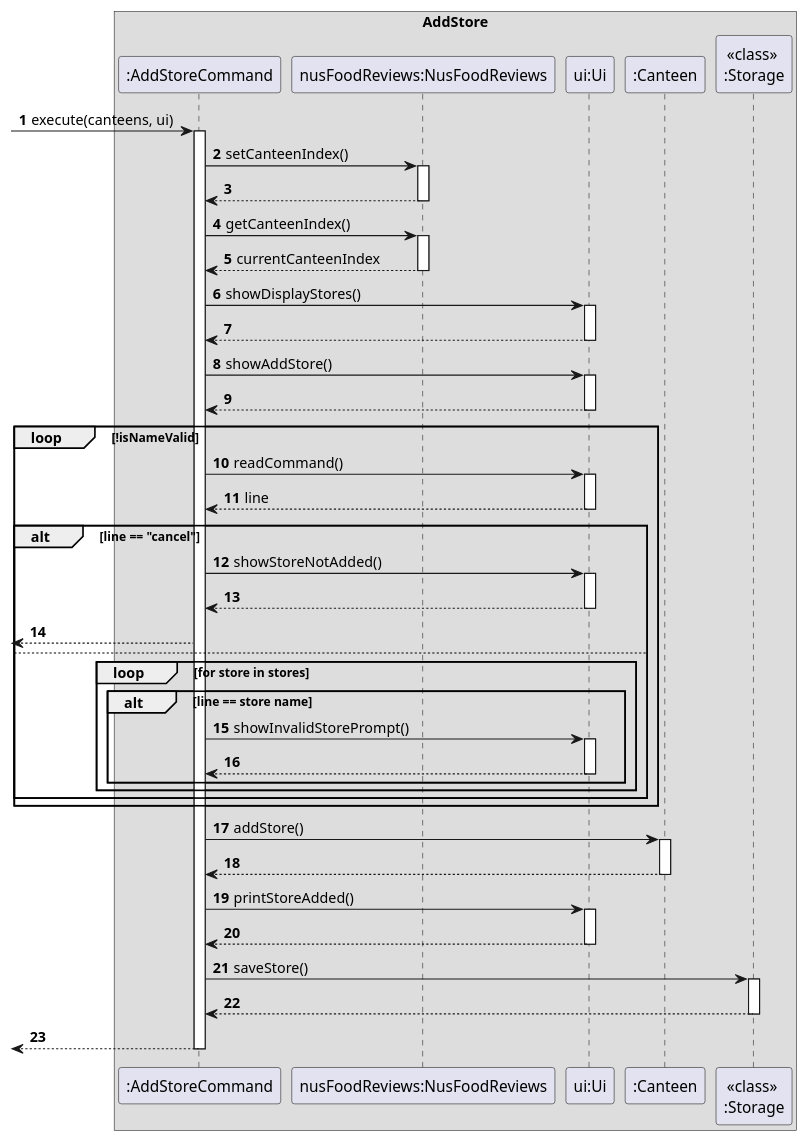
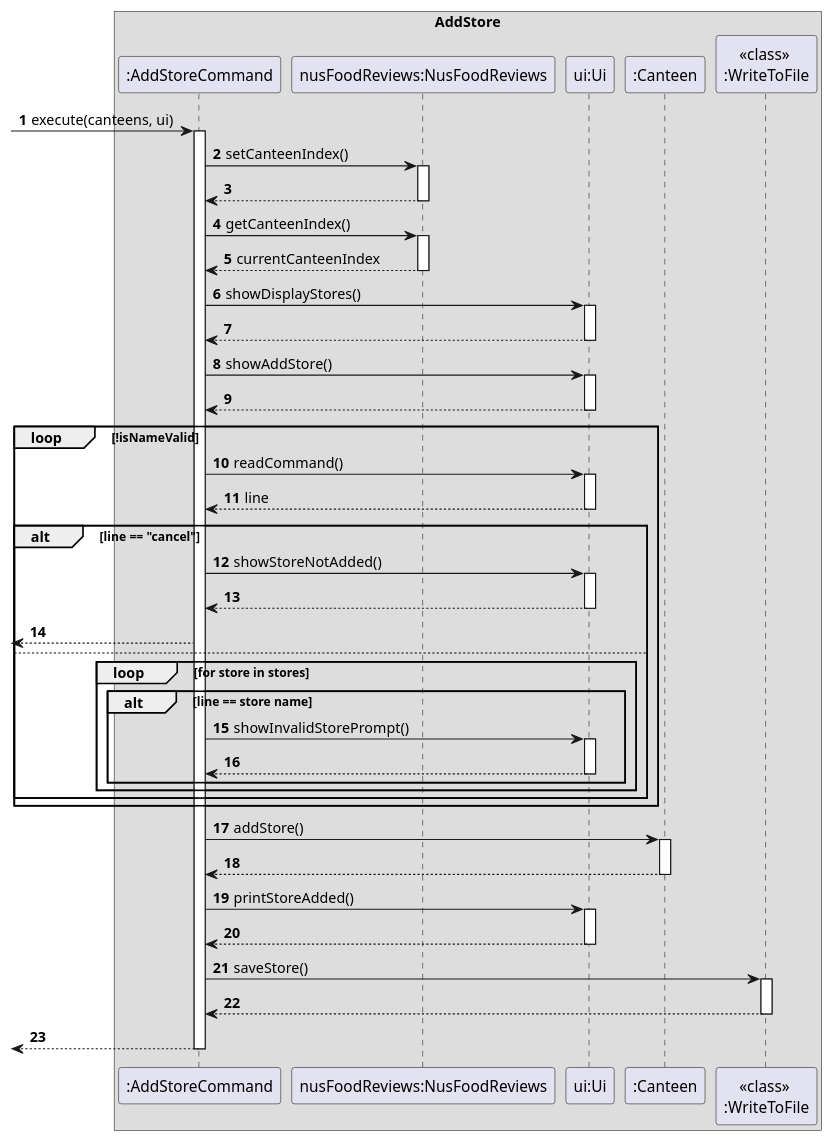
One commit to nus-cs2113-AY2021S2/tp changed the diagram in docs/PlantUML/AddStore.puml. Above: the diagram before and after it, drawn with PlantUML. The commit also changed 7 other files, not shown here.

```diff
--- a/docs/PlantUML/AddStore.puml
+++ b/docs/PlantUML/AddStore.puml
@@ -1,72 +1,72 @@
 @startuml
 'https://plantuml.com/sequence-diagram
 
 autonumber
 box AddStore
 
 ->":AddStoreCommand" : execute(canteens, ui)
 activate ":AddStoreCommand"
 
 ":AddStoreCommand" -> "nusFoodReviews:NusFoodReviews" : setCanteenIndex()
 activate "nusFoodReviews:NusFoodReviews"
 "nusFoodReviews:NusFoodReviews" --> ":AddStoreCommand"
 deactivate "nusFoodReviews:NusFoodReviews"
 
 ":AddStoreCommand" -> "nusFoodReviews:NusFoodReviews" : getCanteenIndex()
 activate "nusFoodReviews:NusFoodReviews"
 "nusFoodReviews:NusFoodReviews" --> ":AddStoreCommand" : currentCanteenIndex
 deactivate "nusFoodReviews:NusFoodReviews"
 
 ":AddStoreCommand" -> "ui:Ui" : showDisplayStores()
 activate "ui:Ui"
 "ui:Ui" --> ":AddStoreCommand"
 deactivate "ui:Ui"
 
 ":AddStoreCommand" -> "ui:Ui" : showAddStore()
 activate "ui:Ui"
 "ui:Ui" --> ":AddStoreCommand"
 deactivate "ui:Ui"
 
 loop !isNameValid
     ":AddStoreCommand" -> "ui:Ui" : readCommand()
     activate "ui:Ui"
     "ui:Ui" --> ":AddStoreCommand" : line
     deactivate "ui:Ui"
 
     alt line == "cancel"
     ":AddStoreCommand" -> "ui:Ui" : showStoreNotAdded()
     activate "ui:Ui"
     "ui:Ui" --> ":AddStoreCommand"
     deactivate "ui:Ui"
     <-- ":AddStoreCommand"
 
     else
         loop for store in stores
             alt line == store name
             ":AddStoreCommand" -> "ui:Ui" : showInvalidStorePrompt()
             activate "ui:Ui"
             "ui:Ui" --> ":AddStoreCommand"
             deactivate "ui:Ui"
             end
         end
     end
 end
 
 ":AddStoreCommand" -> ":Canteen" : addStore()
 activate ":Canteen"
 ":Canteen" --> ":AddStoreCommand"
 deactivate ":Canteen"
 
 ":AddStoreCommand" -> "ui:Ui" : printStoreAdded()
 activate "ui:Ui"
 "ui:Ui" --> ":AddStoreCommand"
 deactivate "ui:Ui"
 
-":AddStoreCommand" -> "<<class>> \n:Storage" : saveStore()
-activate "<<class>> \n:Storage"
-"<<class>> \n:Storage" --> ":AddStoreCommand"
-deactivate "<<class>> \n:Storage"
+":AddStoreCommand" -> "<<class>> \n:WriteToFile" : saveStore()
+activate "<<class>> \n:WriteToFile"
+"<<class>> \n:WriteToFile" --> ":AddStoreCommand"
+deactivate "<<class>> \n:WriteToFile"
 
 <-- ":AddStoreCommand"
 deactivate ":AddStoreCommand"
 @enduml
```
